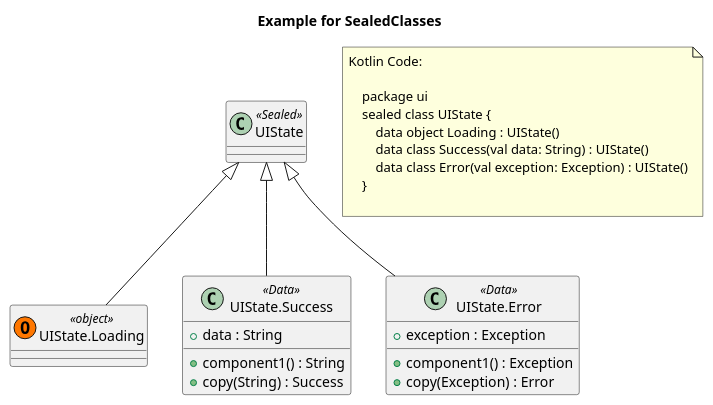
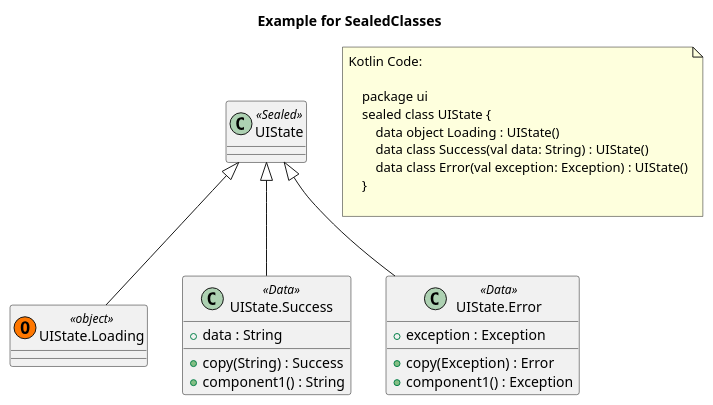
The diagram in doc/plantuml/SealedClasses.puml (Tosaa/ksp-plantuml), drawn with PlantUML before and after one commit. The commit also changed other lines of this file and 11 other files, not shown here.

```diff
--- a/doc/plantuml/SealedClasses.puml
+++ b/doc/plantuml/SealedClasses.puml
@@ -1,49 +1,49 @@
 @startuml
 title Example for SealedClasses
 'This file is generated by the GenerateExamplesForDoc test.
 
     'ui.UIState
     class "UIState" as ui_UIState <<Sealed>>{
         
     }
 
 
     'ui.UIState.Loading
     class "UIState.Loading" as ui_UIState_Loading << (O, #FF7700) object>>{
         
     }
 
 
     'ui.UIState.Success
     class "UIState.Success" as ui_UIState_Success <<Data>>{
         + data : String
+		+ copy(String) : Success
 		+ component1() : String
-		+ copy(String) : Success
     }
 
 
     'ui.UIState.Error
     class "UIState.Error" as ui_UIState_Error <<Data>>{
         + exception : Exception
+		+ copy(Exception) : Error
 		+ component1() : Exception
-		+ copy(Exception) : Error
     }
 
 
 ui_UIState <|-- ui_UIState_Error
 ui_UIState <|-- ui_UIState_Success
 ui_UIState <|-- ui_UIState_Loading
 
 note as note_of_code
 Kotlin Code:
 
     package ui
     sealed class UIState {
         data object Loading : UIState()
         data class Success(val data: String) : UIState()
         data class Error(val exception: Exception) : UIState()
     }
     
 end note
 
 @enduml
```
